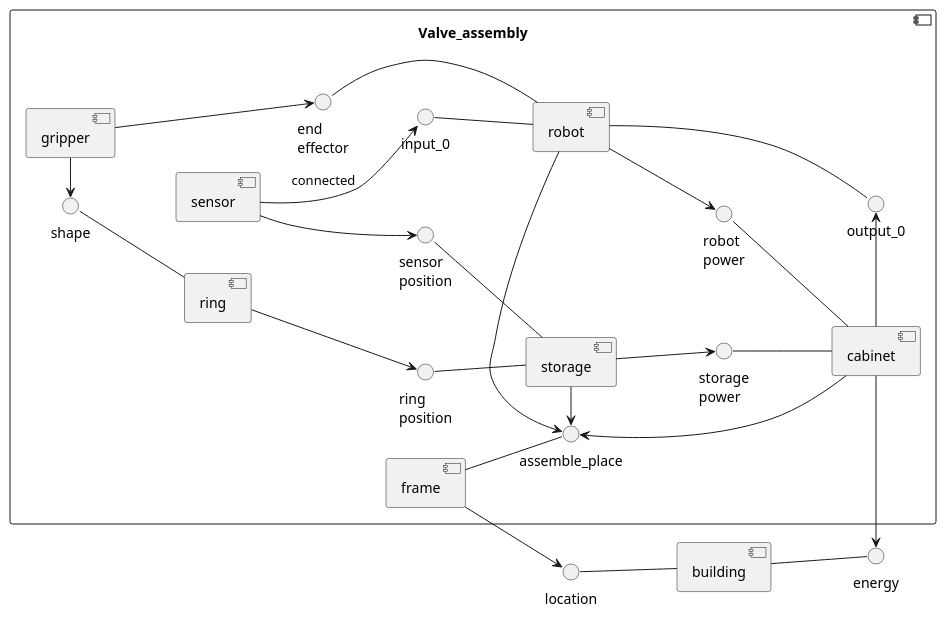
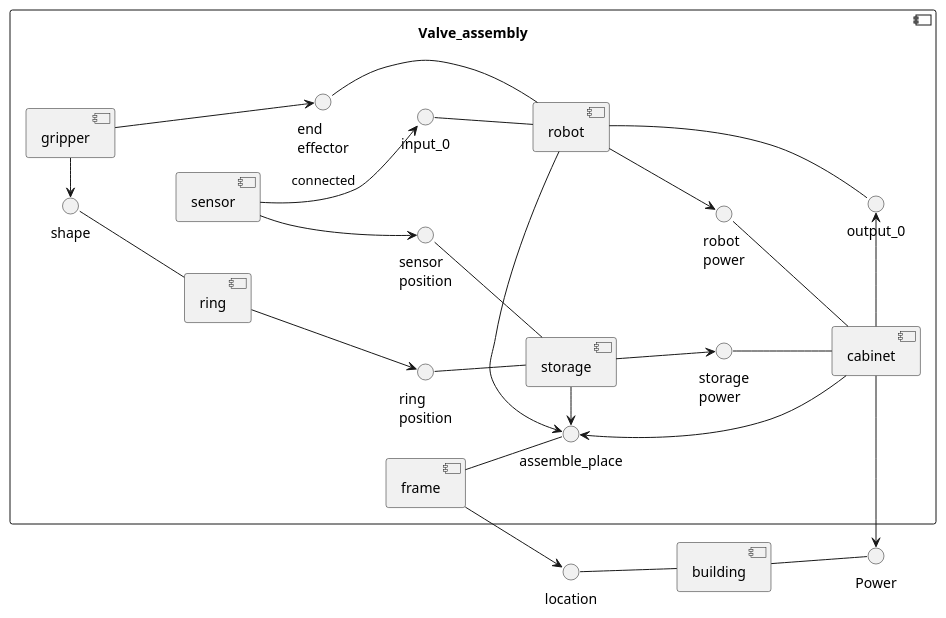
The diagram in src/Introduction.md (Timon14kraan/Project-Proces-and-Safety), drawn with PlantUML before and after one commit. The commit also changed 2 other files, not shown here.

````diff
--- a/src/Introduction.md
+++ b/src/Introduction.md
@@ -7,55 +7,55 @@
 ```plantuml
 @startuml Process_and_Safety
 skinparam backgroundColor transparent
 left to right direction
 'skinparam linetype ortho
 
 component Valve_assembly {
     
     [frame]
     () assemble_place -u- frame
     [robot]
     () input_0 -- robot
     () output_0 -- robot
     () "end\neffector" -- robot
 
     [sensor]
     sensor --> input_0 : connected
     sensor --> "sensor\nposition"
     
     robot -> assemble_place
 
     [cabinet]
     () "robot\npower" -- cabinet
     () "storage\npower" -- cabinet
    
     cabinet -u-> assemble_place
     robot --> "robot\npower"
     cabinet -r-> output_0
     
     [storage]
     () "sensor\nposition" -- storage
     () "ring\nposition" -- storage
     storage -> assemble_place
     storage --> "storage\npower"
 
     [ring]
     () shape -- ring
     
     [gripper]
     gripper -l-> shape
     
     ring --> "ring\nposition"
     gripper --> "end\neffector"
 }
 
 [building]
 
-() energy -l- building
+() Power -l- building
 () location -d- building
 
 frame --> location
-cabinet -r-> energy
+cabinet -r-> Power
 
 @enduml
 ```
````
